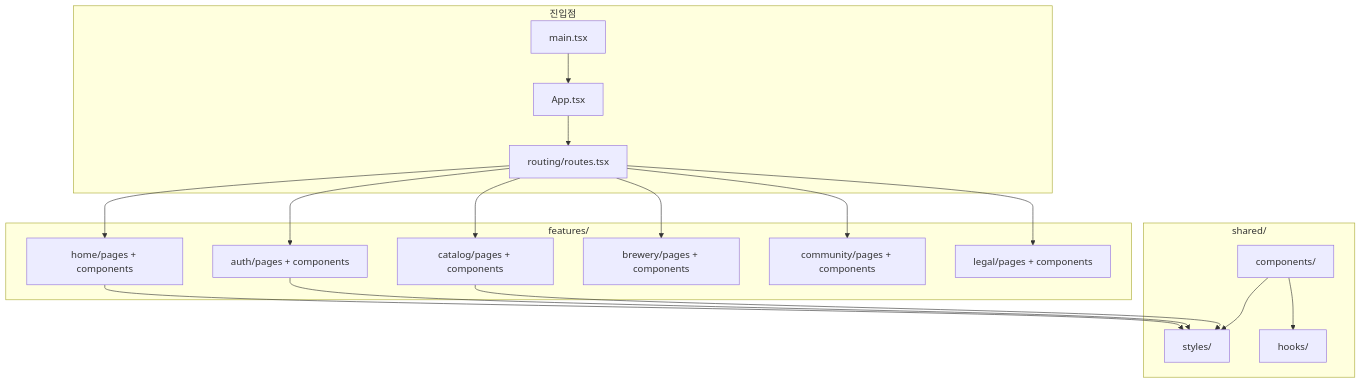
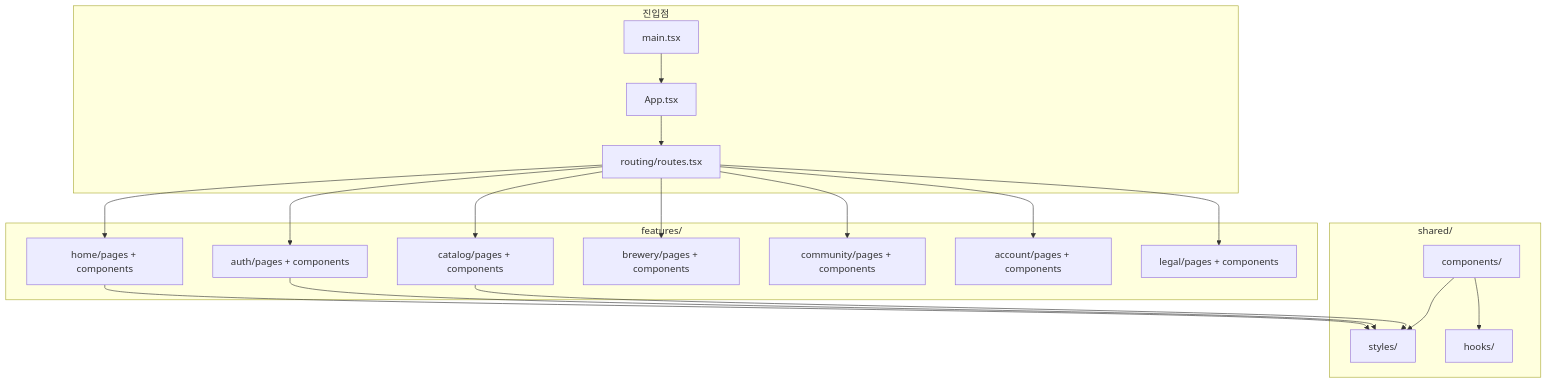
The second of 3 diagrams in README.md (zyansuh/bitdam), drawn with Mermaid before and after one commit. The commit also changed other lines of this file, not shown here.

First line of the commit message:
docs(readme): document mypage and account settings

````diff
--- a/README.md
+++ b/README.md
@@ -238,29 +254,30 @@
 ```mermaid
 flowchart TB
     subgraph Entry["진입점"]
         MAIN[main.tsx]
         APP[App.tsx]
         ROUTES[routing/routes.tsx]
     end
     subgraph Features["features/"]
         HOME[home/pages + components]
         AUTH[auth/pages + components]
         CAT[catalog/pages + components]
         BREW[brewery/pages + components]
         COMM[community/pages + components]
+        ACCT[account/pages + components]
         LEGAL[legal/pages + components]
     end
     subgraph Shared["shared/"]
         STYLES[styles/]
         HOOKS[hooks/]
         COMP[components/]
     end
     MAIN --> APP
     APP --> ROUTES
-    ROUTES --> HOME & AUTH & CAT & BREW & COMM & LEGAL
+    ROUTES --> HOME & AUTH & CAT & BREW & COMM & ACCT & LEGAL
     HOME --> STYLES
     AUTH --> STYLES
     CAT --> STYLES
     COMP --> HOOKS
     COMP --> STYLES
 ```
````
